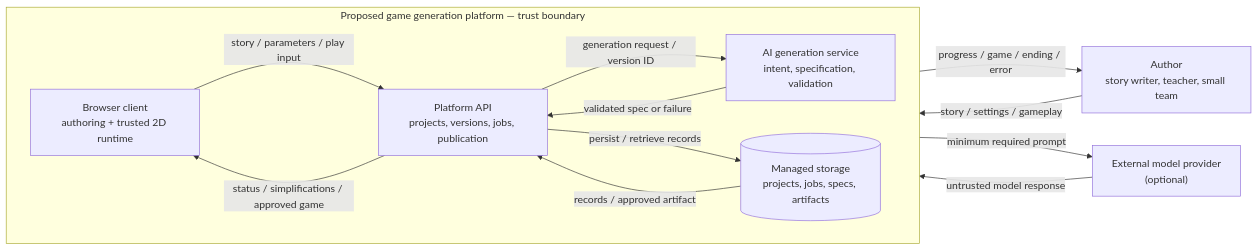
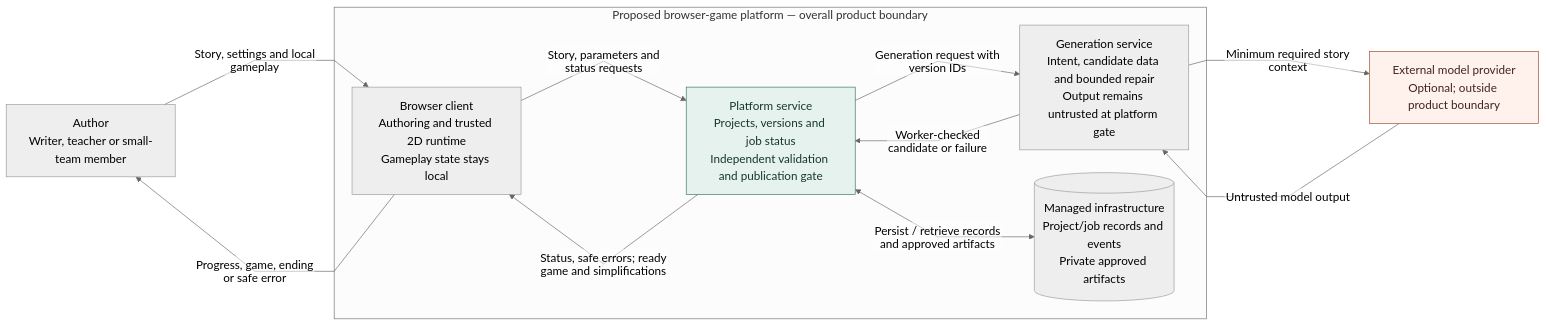
The diagram in diagrams/system-context.mmd (lastnurik/diploma), drawn with Mermaid before and after one commit. The commit also changed 51 other files, not shown here.

```diff
--- a/diagrams/system-context.mmd
+++ b/diagrams/system-context.mmd
@@ -1,22 +1,42 @@
+---
+config:
+  theme: neutral
+  fontFamily: Arial
+  themeVariables:
+    fontFamily: Arial, Helvetica, sans-serif
+    fontSize: 18px
+  flowchart:
+    htmlLabels: false
+    curve: linear
+    nodeSpacing: 35
+    rankSpacing: 55
+---
+%% Proposed system context. The outer box is a product boundary, not one trusted process.
+%% Internal browser/server/worker trust zones are expanded in component.mmd.
 flowchart LR
-    author["Author<br/>story writer, teacher, small team"]
-    provider["External model provider<br/>(optional)"]
+  accTitle: System context — proposed browser-game platform
+  accDescr: The author and optional external model provider surround a proposed product boundary. Browser authoring and local play, the independently validating platform service, generation worker and managed infrastructure are internal components. Provider output and worker candidates remain untrusted until the publication gate approves data.
+    author["Author<br/>Writer, teacher or small-team member"]
+    provider["External model provider<br/>Optional; outside product boundary"]
 
-    subgraph platform["Proposed game generation platform — trust boundary"]
-        direction LR
-        client["Browser client<br/>authoring + trusted 2D runtime"]
-        api["Platform API<br/>projects, versions, jobs, publication"]
-        ai["AI generation service<br/>intent, specification, validation"]
-        storage[("Managed storage<br/>projects, jobs, specs, artifacts")]
-        client -- "story / parameters / play input" --> api
-        api -- "status / simplifications / approved game" --> client
-        api -- "generation request / version ID" --> ai
-        ai -- "validated spec or failure" --> api
-        api -- "persist / retrieve records" --> storage
-        storage -- "records / approved artifact" --> api
+    subgraph product["Proposed browser-game platform — overall product boundary"]
+        client["Browser client<br/>Authoring and trusted 2D runtime<br/>Gameplay state stays local"]
+        api["Platform service<br/>Projects, versions and job status<br/>Independent validation and publication gate"]
+        ai["Generation service<br/>Intent, candidate data and bounded repair<br/>Output remains untrusted at platform gate"]
+        storage[("Managed infrastructure<br/>Project/job records and events<br/>Private approved artifacts")]
+        client -->|"Story, parameters and status requests"| api
+        api -->|"Status, safe errors; ready game and simplifications"| client
+        api -->|"Generation request with version IDs"| ai
+        ai -->|"Worker-checked candidate or failure"| api
+        api <-->|"Persist / retrieve records and approved artifacts"| storage
     end
 
-    author -- "story / settings / gameplay" --> client
-    client -- "progress / game / ending / error" --> author
-    ai -- "minimum required prompt" --> provider
-    provider -- "untrusted model response" --> ai
+    author -->|"Story, settings and local gameplay"| client
+    client -->|"Progress, game, ending or safe error"| author
+    ai -->|"Minimum required story context"| provider
+    provider -->|"Untrusted model output"| ai
+
+    classDef external fill:#fff1eb,stroke:#9a492d,color:#3f261e;
+    classDef gate fill:#e6f2ed,stroke:#33745b,color:#17382b;
+    class provider external;
+    class api gate;
```
